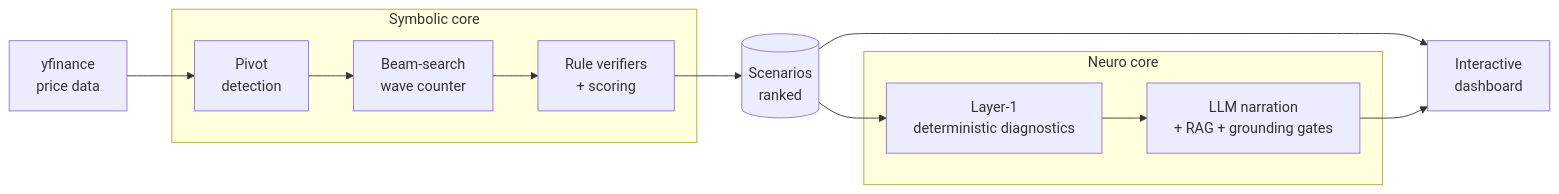
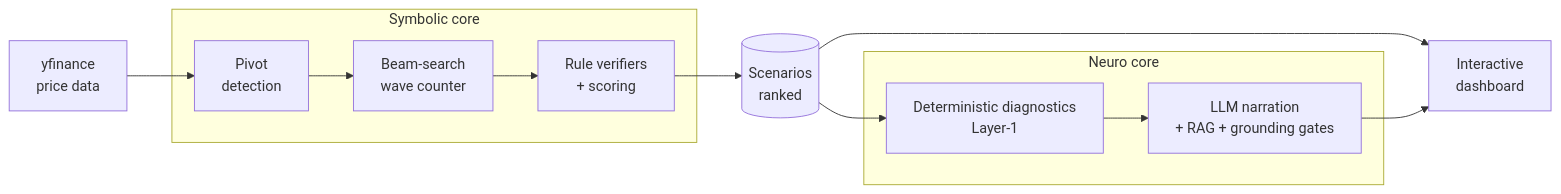
The diagram in README.md (nkieu-config/elliott-wave-ai-project), drawn with Mermaid before and after one commit. The commit also changed other lines of this file and 4 other files, not shown here.

````diff
--- a/README.md
+++ b/README.md
@@ -68,21 +68,21 @@
 ```mermaid
 flowchart LR
     A[yfinance<br/>price data] --> B[Pivot<br/>detection]
     B --> C[Beam-search<br/>wave counter]
     C --> D[Rule verifiers<br/>+ scoring]
     D --> E[(Scenarios<br/>ranked)]
-    E --> L1[Layer-1<br/>deterministic diagnostics]
+    E --> L1[Deterministic diagnostics<br/>Layer-1]
     L1 --> F[LLM narration<br/>+ RAG + grounding gates]
     E --> G[Interactive<br/>dashboard]
     F --> G
 
     subgraph Symbolic core
         B
         C
         D
     end
     subgraph Neuro core
         L1
         F
     end
 ```
````
